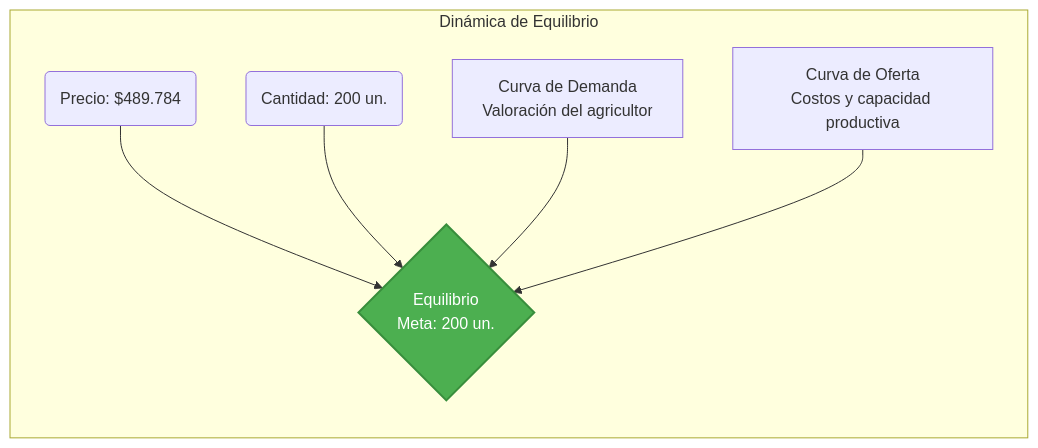
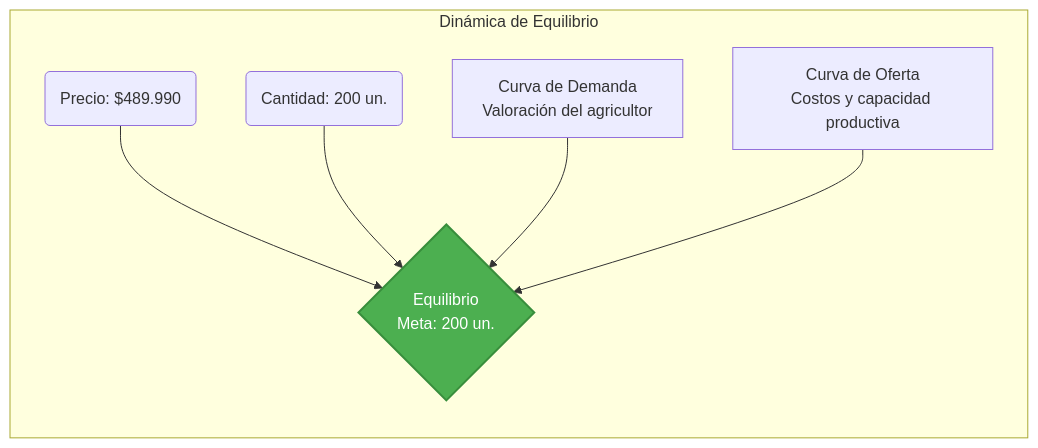
Before and after one commit to Alvarinhoooo7/TerraSence: the first of 3 diagrams in Comercializacion de Tecnologias/README.md, drawn with Mermaid. The commit also changed other lines of this file and 31 other files, not shown here.

````diff
--- a/Comercializacion de Tecnologias/README.md
+++ b/Comercializacion de Tecnologias/README.md
@@ -72,10 +72,10 @@
 ```mermaid
 graph LR
     subgraph Equilibrio ["Dinámica de Equilibrio"]
-        P(Precio: $489.784) --> E{Equilibrio<br>Meta: 200 un.}
+        P(Precio: $489.990) --> E{Equilibrio<br>Meta: 200 un.}
         Q(Cantidad: 200 un.) --> E
         D[Curva de Demanda<br>Valoración del agricultor] --> E
         O[Curva de Oferta<br>Costos y capacidad productiva] --> E
     end
     style E fill:#4caf50,stroke:#388e3c,stroke-width:2px,color:#fff
 ```
````
